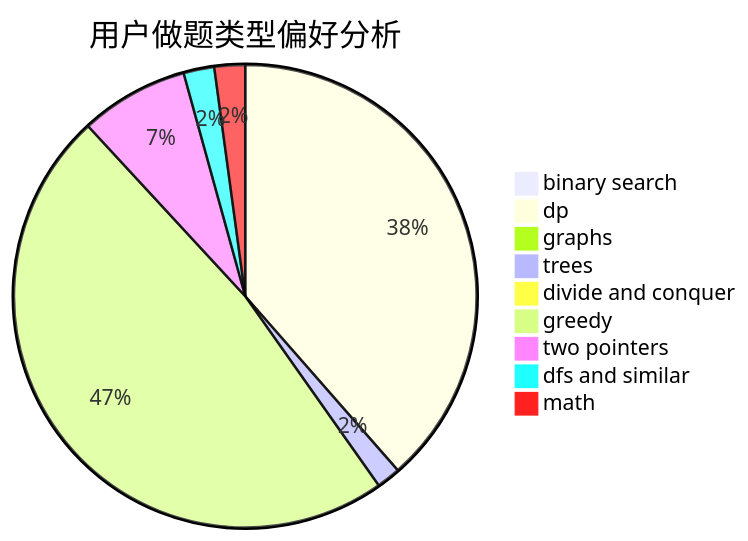
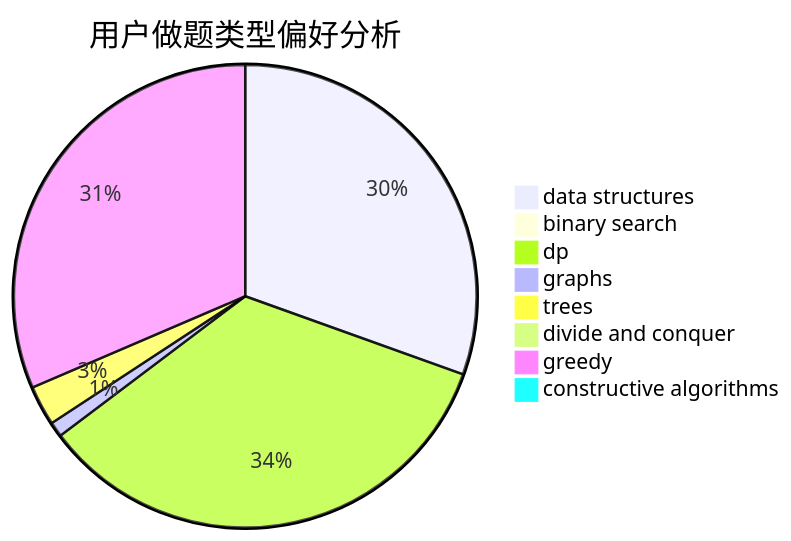
The second of 3 diagrams in docs/user/u2395.md (sherpahu/cfrs.github.io), drawn with Mermaid before and after one commit. The commit also changed other lines of this file and 2775 other files, not shown here.

````diff
--- a/docs/user/u2395.md
+++ b/docs/user/u2395.md
@@ -23,12 +23,11 @@
 ```mermaid
 pie title 用户做题类型偏好分析
-    "binary search" :  14
-    "dp" :  737
+    "data structures" :  349
+    "binary search" :  5
+    "dp" :  392
     "graphs" :  12
     "trees" :  32
     "divide and conquer" :  8
-    "greedy" :  916
-    "two pointers" :  145
-    "dfs and similar" :  41
-    "math" :  41
+    "greedy" :  360
+    "constructive algorithms" :  1
 ```
````
